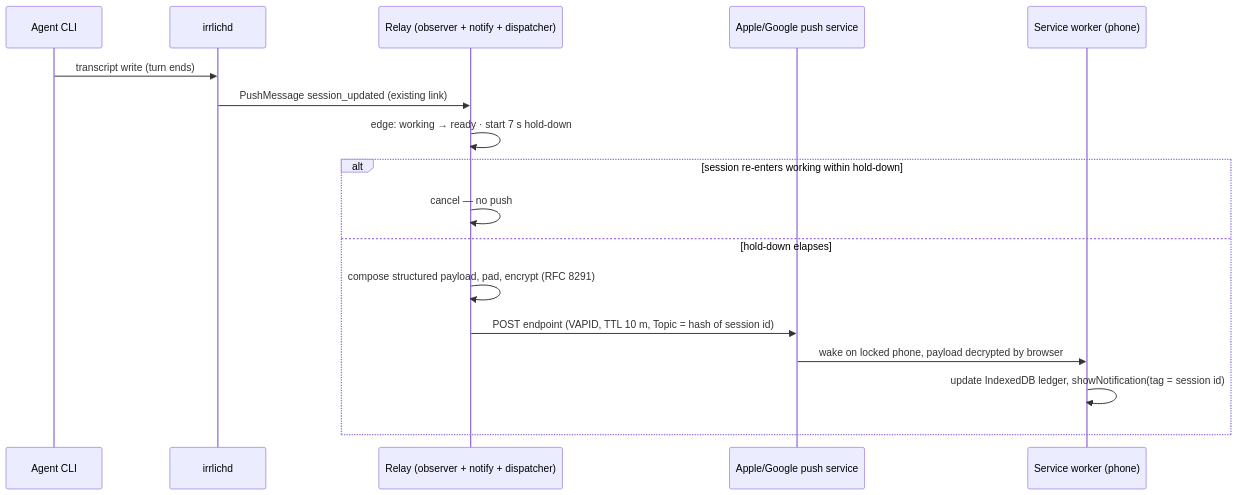
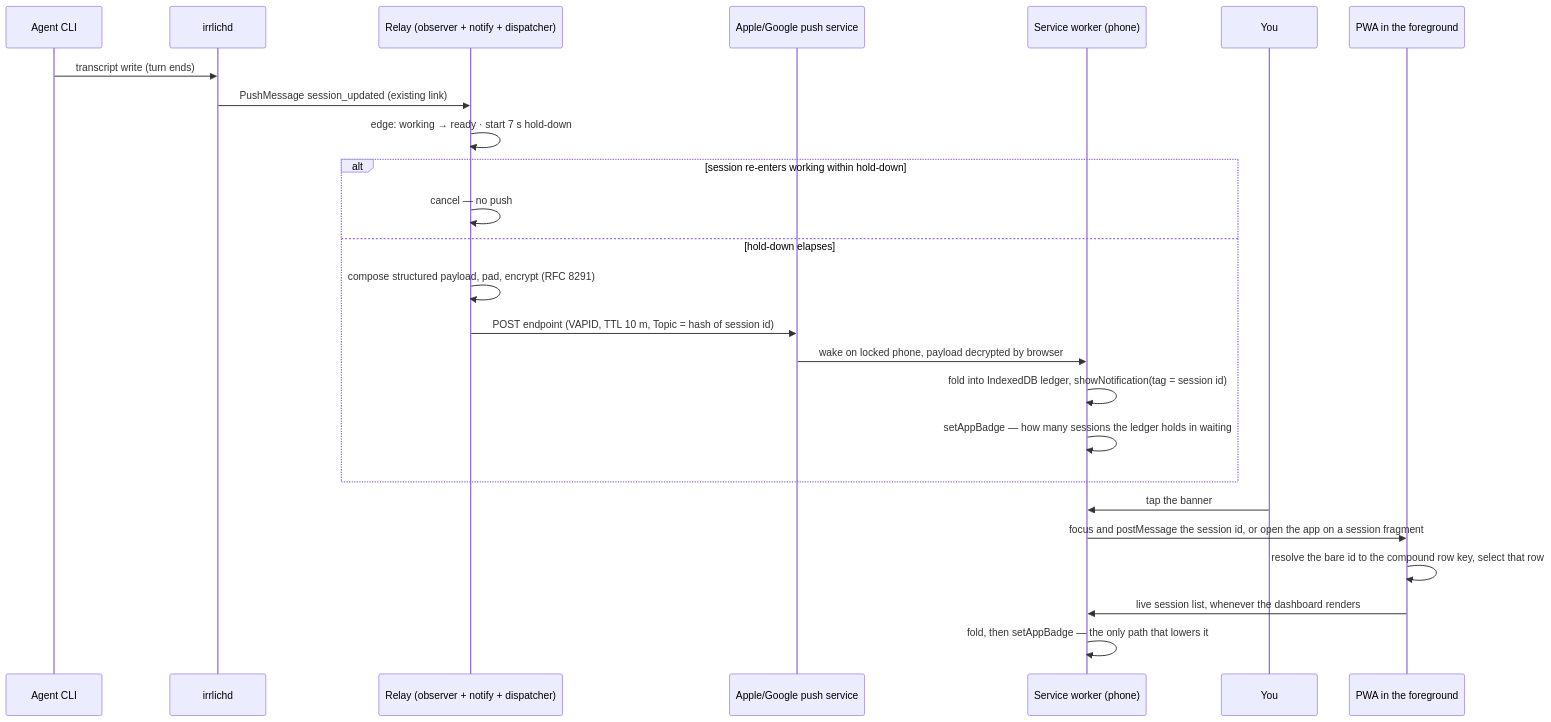
The fourth of 5 diagrams in docs/mobile-notifications-arc42.md (ingo-eichhorst/Irrlicht), drawn with Mermaid before and after one commit. The commit also changed other lines of this file and 11 other files, not shown here.

````diff
--- a/docs/mobile-notifications-arc42.md
+++ b/docs/mobile-notifications-arc42.md
@@ -204,20 +204,28 @@
 ```mermaid
 sequenceDiagram
     participant AG as Agent CLI
     participant DM as irrlichd
     participant R as Relay (observer + notify + dispatcher)
     participant P as Apple/Google push service
     participant SW as Service worker (phone)
+    participant U as You
+    participant A as PWA in the foreground
 
     AG->>DM: transcript write (turn ends)
     DM->>R: PushMessage session_updated (existing link)
     R->>R: edge: working → ready · start 7 s hold-down
     alt session re-enters working within hold-down
         R->>R: cancel — no push
     else hold-down elapses
         R->>R: compose structured payload, pad, encrypt (RFC 8291)
         R->>P: POST endpoint (VAPID, TTL 10 m, Topic = hash of session id)
         P->>SW: wake on locked phone, payload decrypted by browser
-        SW->>SW: update IndexedDB ledger, showNotification(tag = session id)
+        SW->>SW: fold into IndexedDB ledger, showNotification(tag = session id)
+        SW->>SW: setAppBadge — how many sessions the ledger holds in waiting
     end
+    U->>SW: tap the banner
+    SW->>A: focus and postMessage the session id, or open the app on a session fragment
+    A->>A: resolve the bare id to the compound row key, select that row
+    A->>SW: live session list, whenever the dashboard renders
+    SW->>SW: fold, then setAppBadge — the only path that lowers it
 ```
````
